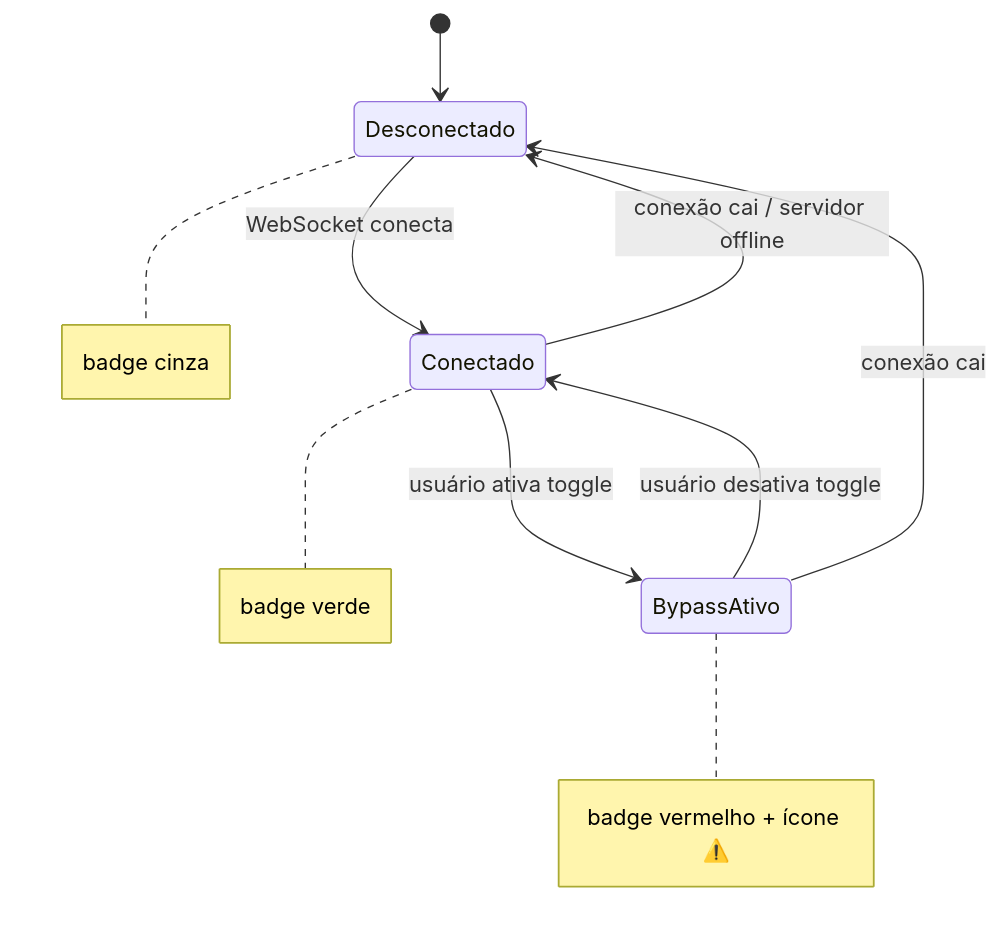
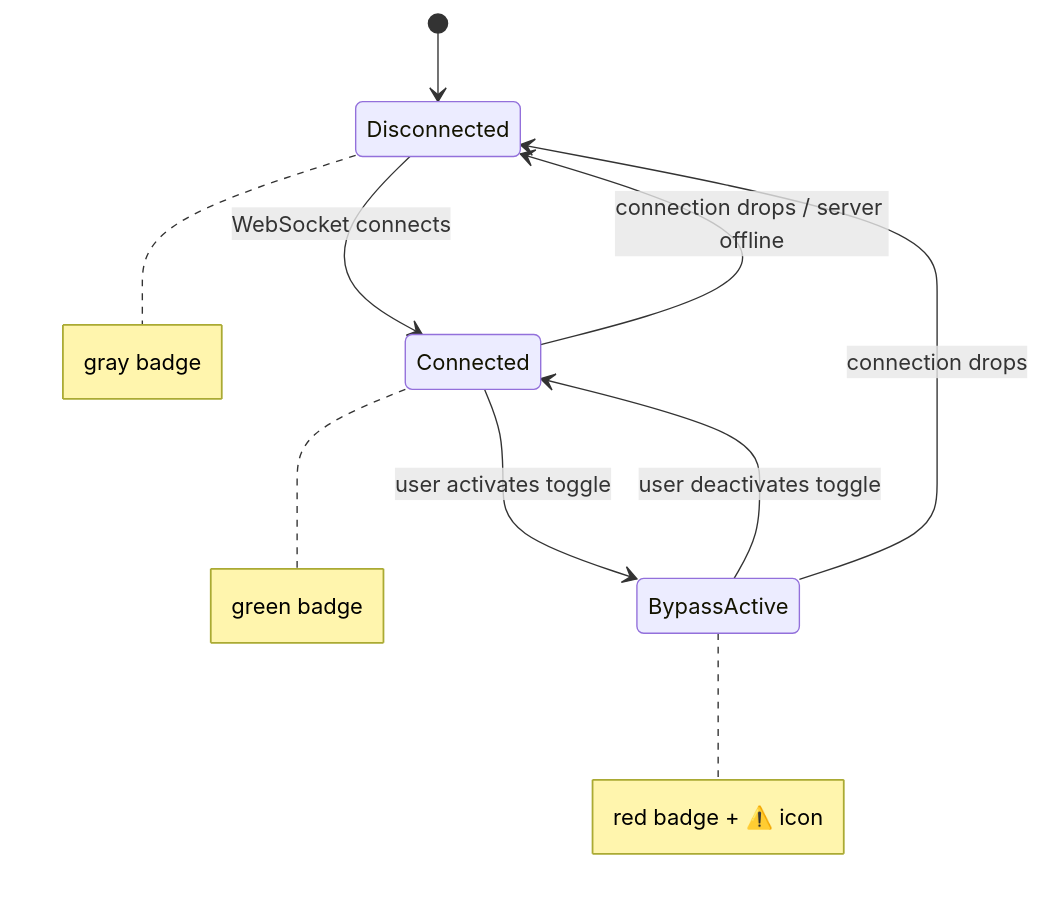
One commit to MarcosAlves90/go-beast changed the fourth of 4 diagrams in extensions/beast-control/docs/architecture/DIAGRAM.md. Above: the diagram before and after it, drawn with Mermaid. The commit also changed other lines of this file and 29 other files, not shown here.

````diff
--- a/extensions/beast-control/docs/architecture/DIAGRAM.md
+++ b/extensions/beast-control/docs/architecture/DIAGRAM.md
@@ -91,13 +91,13 @@
 ```mermaid
 stateDiagram-v2
-    [*] --> Desconectado
-    Desconectado --> Conectado: WebSocket conecta
-    Conectado --> Desconectado: conexão cai / servidor offline
-    Conectado --> BypassAtivo: usuário ativa toggle
-    BypassAtivo --> Conectado: usuário desativa toggle
-    BypassAtivo --> Desconectado: conexão cai
+    [*] --> Disconnected
+    Disconnected --> Connected: WebSocket connects
+    Connected --> Disconnected: connection drops / server offline
+    Connected --> BypassActive: user activates toggle
+    BypassActive --> Connected: user deactivates toggle
+    BypassActive --> Disconnected: connection drops
 
-    note right of Desconectado: badge cinza
-    note right of Conectado: badge verde
-    note right of BypassAtivo: badge vermelho + ícone ⚠️
+    note right of Disconnected: gray badge
+    note right of Connected: green badge
+    note right of BypassActive: red badge + ⚠️ icon
 ```
````
